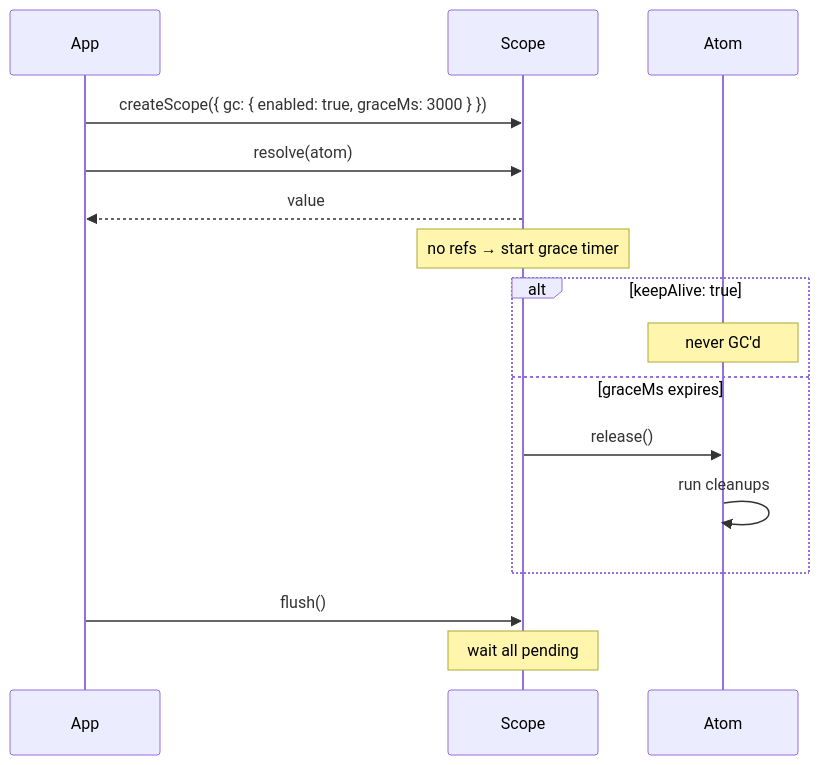
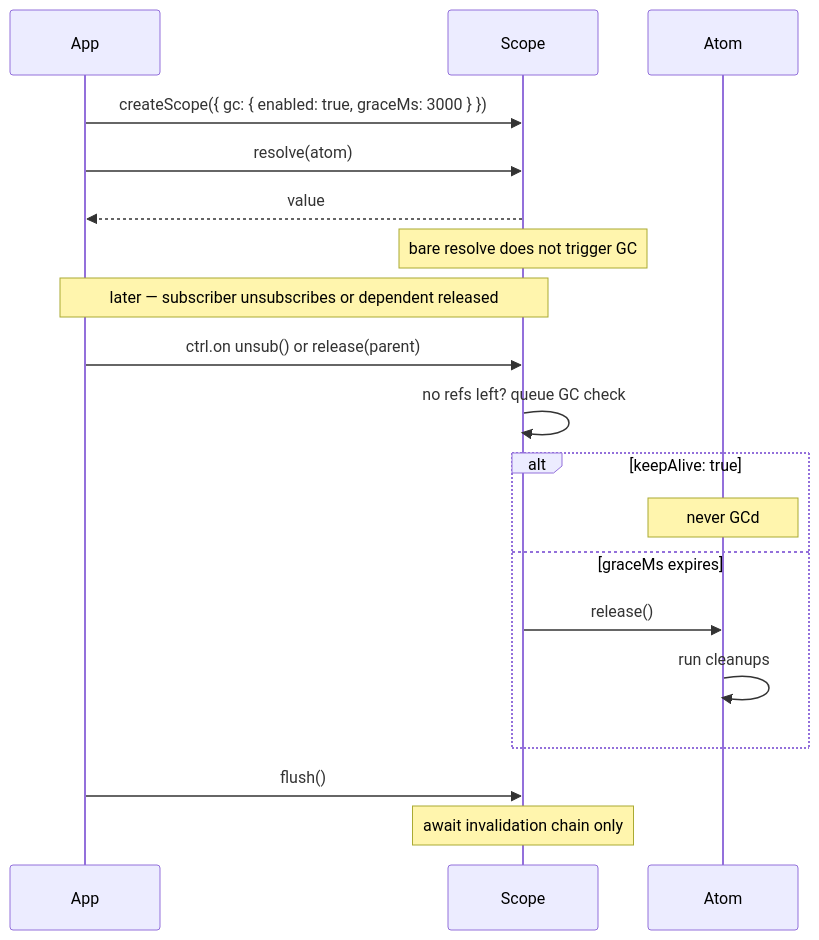
One commit to pumped-fn/pumped-fn changed diagram 11 of 11 in packages/lite/PATTERNS.md. Above: the diagram before and after it, drawn with Mermaid. The commit also changed other lines of this file and 96 other files, not shown here.

````diff
--- a/packages/lite/PATTERNS.md
+++ b/packages/lite/PATTERNS.md
@@ -320,22 +336,26 @@
 ```mermaid
 sequenceDiagram
     participant App
     participant Scope
     participant Atom
 
     App->>Scope: createScope({ gc: { enabled: true, graceMs: 3000 } })
 
     App->>Scope: resolve(atom)
     Scope-->>App: value
-    Note over Scope: no refs → start grace timer
+    Note over Scope: bare resolve does not trigger GC
+
+    Note over App,Scope: later — subscriber unsubscribes or dependent released
+    App->>Scope: ctrl.on unsub() or release(parent)
+    Scope->>Scope: no refs left? queue GC check
 
     alt keepAlive: true
-        Note over Atom: never GC'd
+        Note over Atom: never GCd
     else graceMs expires
         Scope->>Atom: release()
         Atom->>Atom: run cleanups
     end
 
     App->>Scope: flush()
-    Note over Scope: wait all pending
+    Note over Scope: await invalidation chain only
 ```
````
